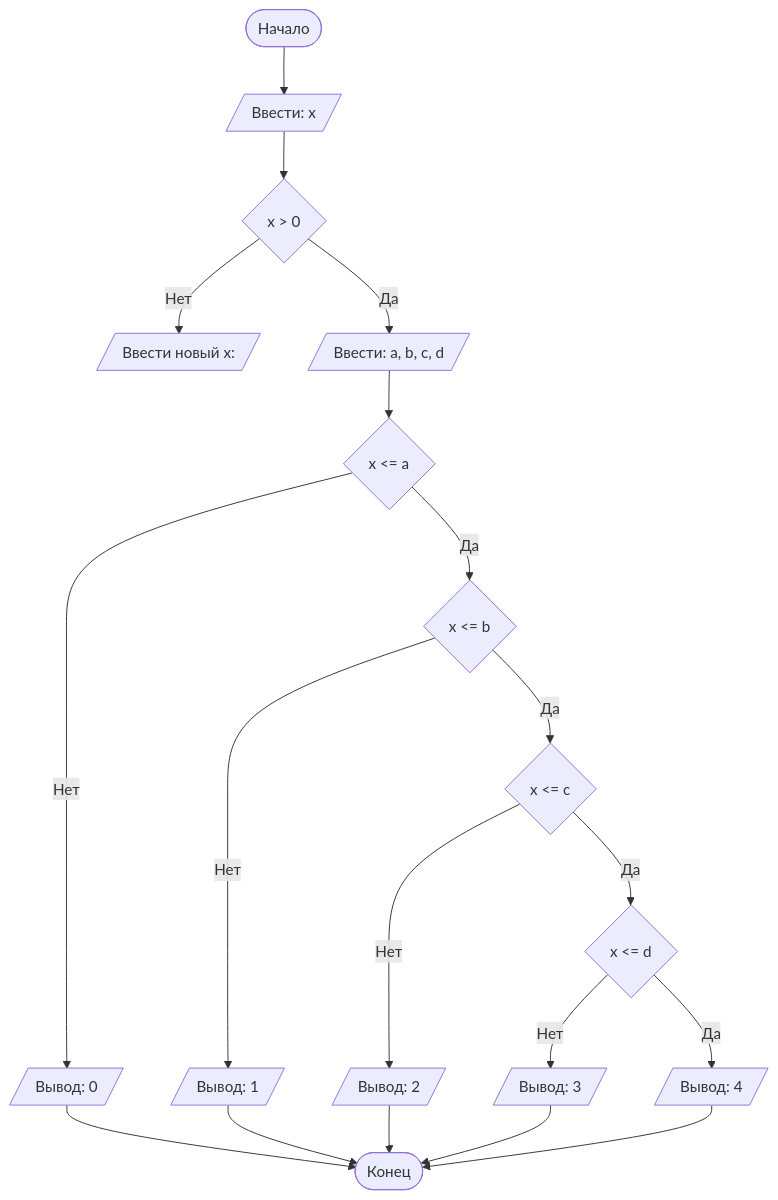
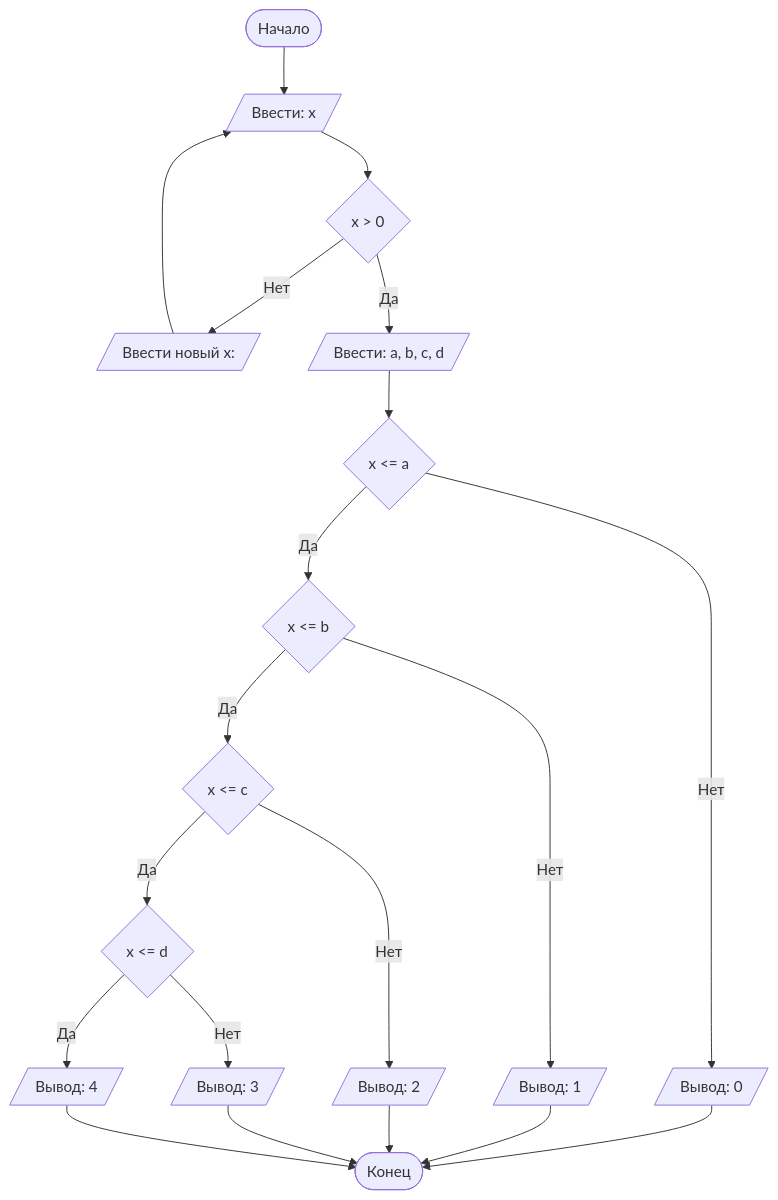
The diagram in README.md (abihuf/lab1), drawn with Mermaid before and after one commit.

````diff
--- a/README.md
+++ b/README.md
@@ -94,22 +94,23 @@
 ```mermaid
 graph TD
     A([Начало]) --> B[/Ввести: x/]
     B --> L{x > 0}
     L -- Нет --> M[/Ввести новый x:/]
+    M --> B
     L -- Да --> N[/Ввести: a, b, c, d/]
     N --> C{x <= a}
     C -- Нет --> D[/Вывод: 0/]
     D --> Z([Конец])
     C -- Да --> E{x <= b}
     E -- Нет --> F[/Вывод: 1/]
     F --> Z([Конец])
     E -- Да --> G{x <= c}
     G -- Нет --> H[/Вывод: 2/]
     H --> Z([Конец])
     G -- Да --> I{x <= d}
     I -- Нет --> J[/Вывод: 3/]
     J --> Z([Конец])
     I -- Да --> K[/Вывод: 4/]
     K --> Z([Конец])
 
 ```
````
